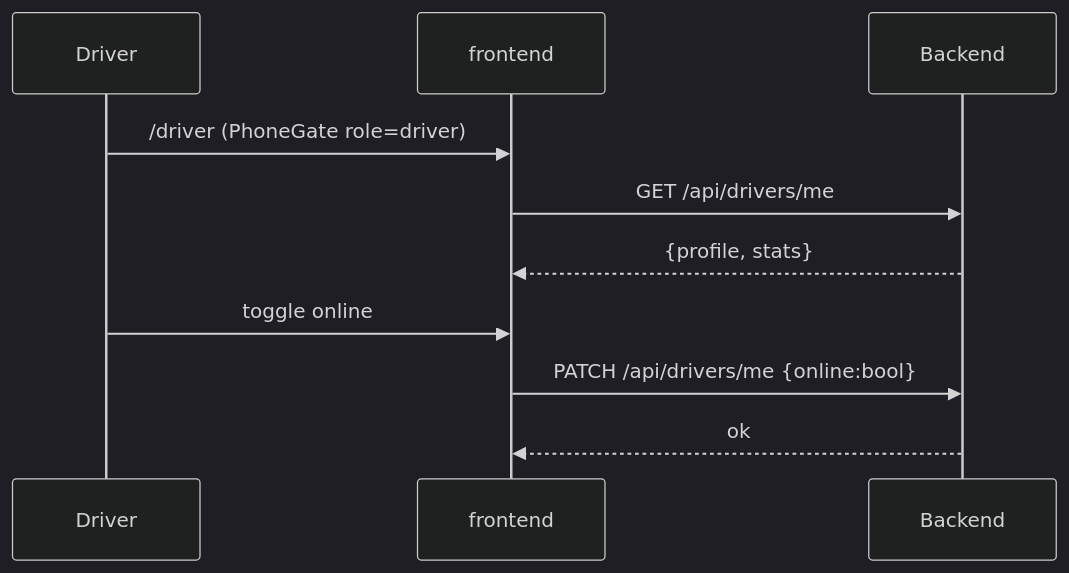
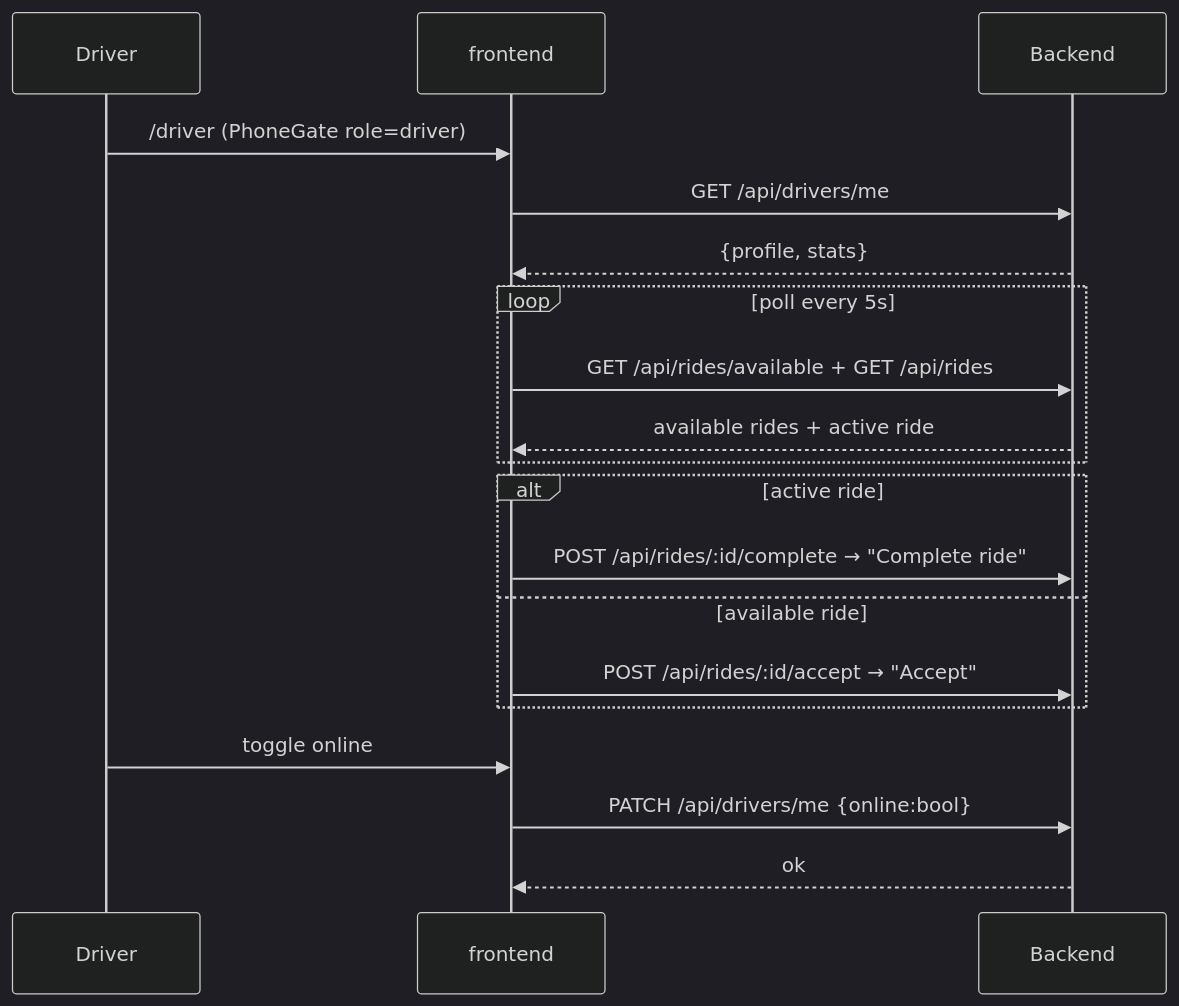
Before and after one commit to IVYIMOH/My_rider: the seventh of 7 diagrams in docs/frontend.md, drawn with Mermaid (dark theme). The commit also changed other lines of this file and 4 other files, not shown here.

Commit message:
docs: update architecture and per-system docs to current state

````diff
--- a/docs/frontend.md
+++ b/docs/frontend.md
@@ -200,13 +230,25 @@
 ```mermaid
 sequenceDiagram
     participant D as Driver
     participant F as frontend
     participant A as Backend
 
     D->>F: /driver (PhoneGate role=driver)
     F->>A: GET /api/drivers/me
     A-->>F: {profile, stats}
+
+    loop poll every 5s
+        F->>A: GET /api/rides/available + GET /api/rides
+        A-->>F: available rides + active ride
+    end
+
+    alt active ride
+        F->>A: POST /api/rides/:id/complete → "Complete ride"
+    else available ride
+        F->>A: POST /api/rides/:id/accept → "Accept"
+    end
+
     D->>F: toggle online
     F->>A: PATCH /api/drivers/me {online:bool}
     A-->>F: ok
 ```
````
